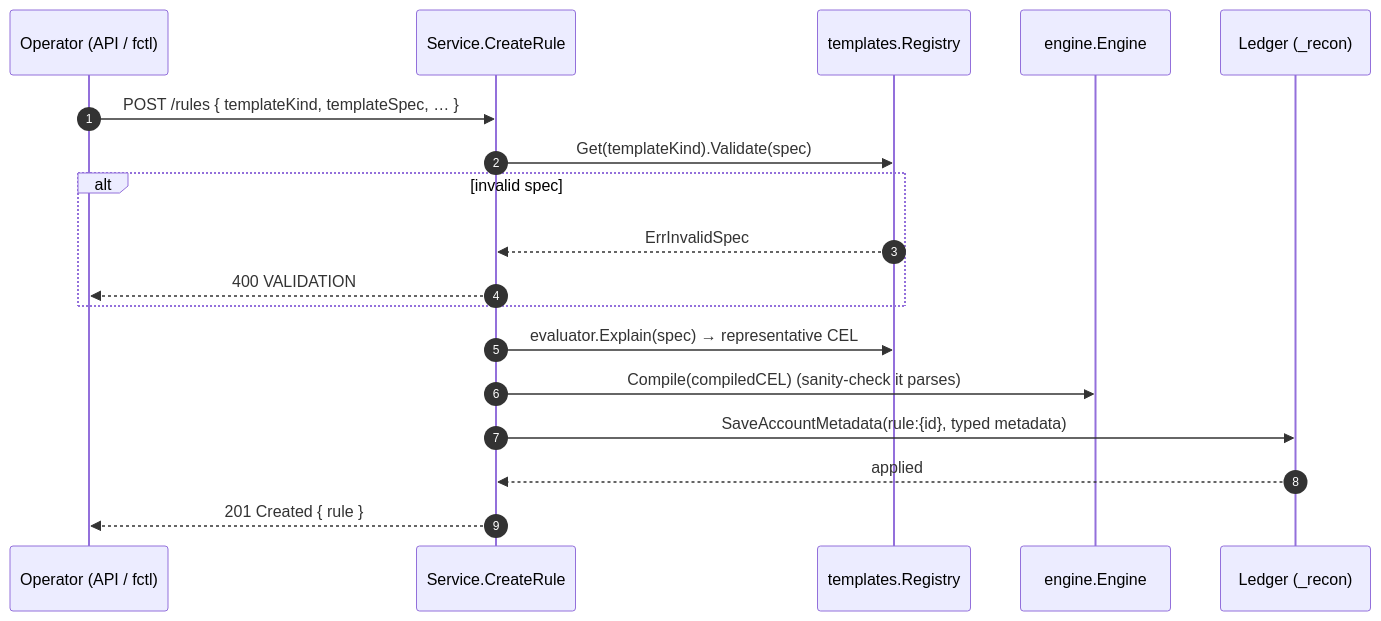
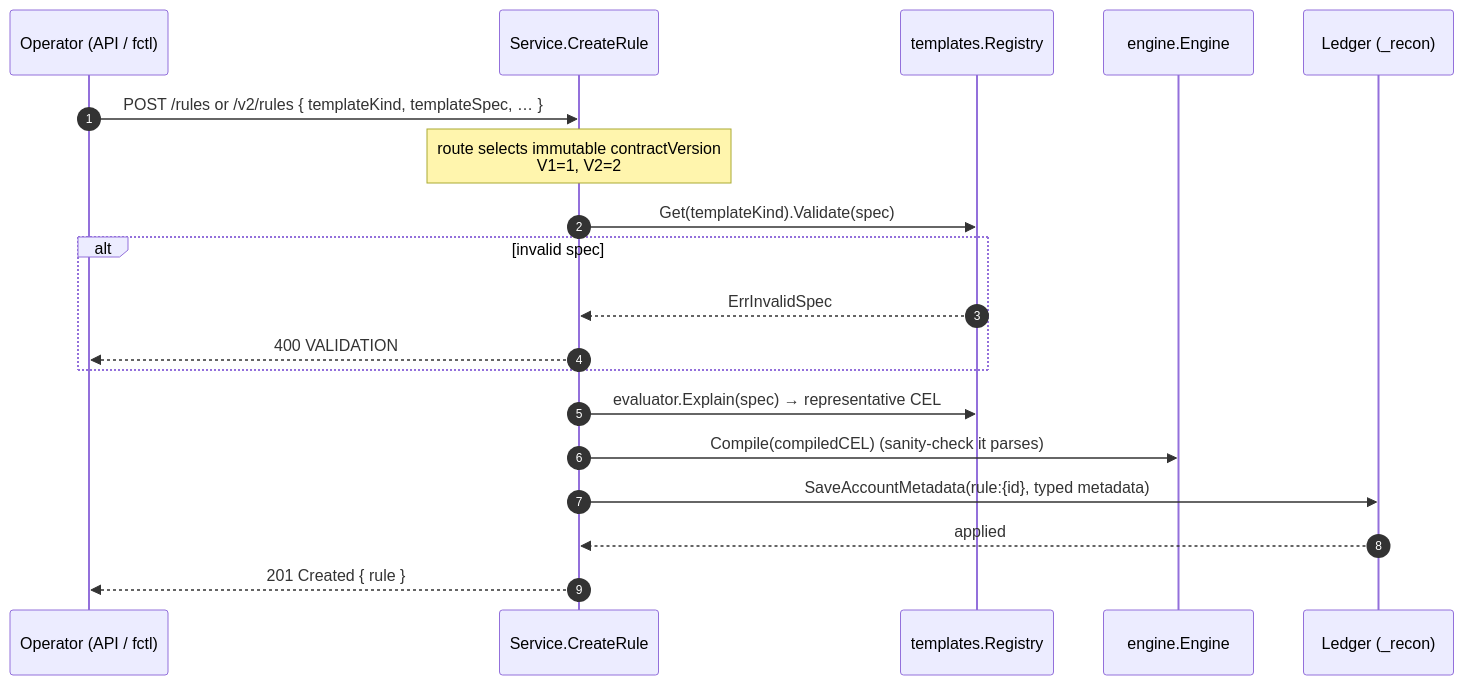
Before and after one commit to formancehq/reconciliation: the first of 7 diagrams in docs/technical/workflows.md, drawn with Mermaid. The commit also changed other lines of this file and 77 other files, not shown here.

Commit message:
feat(reconciliation): add multi-source rules and audit timelines

````diff
--- a/docs/technical/workflows.md
+++ b/docs/technical/workflows.md
@@ -22,21 +22,22 @@
 ```mermaid
 sequenceDiagram
     autonumber
     participant U   as Operator (API / fctl)
     participant Svc as Service.CreateRule
     participant Reg as templates.Registry
     participant Eng as engine.Engine
     participant L   as Ledger (_recon)
 
-    U->>Svc: POST /rules { templateKind, templateSpec, … }
+    U->>Svc: POST /rules or /v2/rules { templateKind, templateSpec, … }
+    Note over Svc: route selects immutable contractVersion<br/>V1=1, V2=2
     Svc->>Reg: Get(templateKind).Validate(spec)
     alt invalid spec
         Reg-->>Svc: ErrInvalidSpec
         Svc-->>U: 400 VALIDATION
     end
     Svc->>Reg: evaluator.Explain(spec) → representative CEL
     Svc->>Eng: Compile(compiledCEL)  (sanity-check it parses)
     Svc->>L: SaveAccountMetadata(rule:{id}, typed metadata)
     L-->>Svc: applied
     Svc-->>U: 201 Created { rule }
 ```
````
